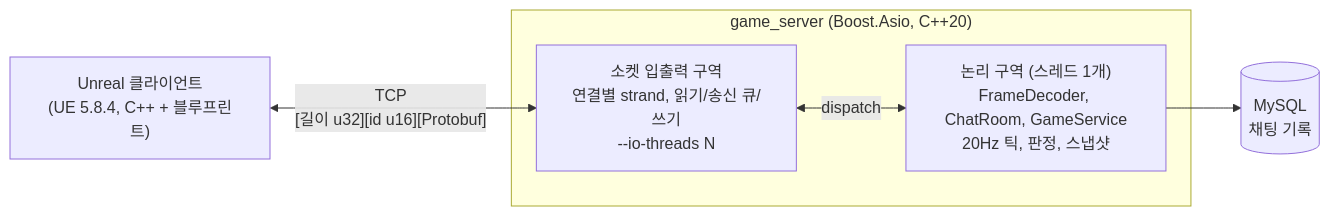
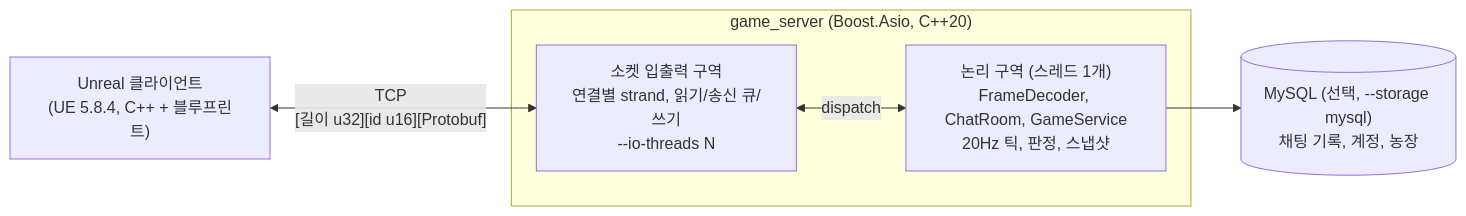
The diagram in README.md (Chaewon241/YongFrame), drawn with Mermaid before and after one commit. The commit also changed other lines of this file and 56 other files, not shown here.

````diff
--- a/README.md
+++ b/README.md
@@ -24,12 +24,12 @@
 ```mermaid
 flowchart LR
     UE["Unreal 클라이언트<br/>(UE 5.8.4, C++ + 블루프린트)"]
     subgraph 서버["game_server (Boost.Asio, C++20)"]
         IO["소켓 입출력 구역<br/>연결별 strand, 읽기/송신 큐/쓰기<br/>--io-threads N"]
         L["논리 구역 (스레드 1개)<br/>FrameDecoder, ChatRoom, GameService<br/>20Hz 틱, 판정, 스냅샷"]
         IO <-- "dispatch" --> L
     end
-    DB[("MySQL<br/>채팅 기록")]
+    DB[("MySQL (선택, --storage mysql)<br/>채팅 기록, 계정, 농장")]
     UE <-- "TCP<br/>[길이 u32][id u16][Protobuf]" --> IO
     L --> DB
 ```
````
